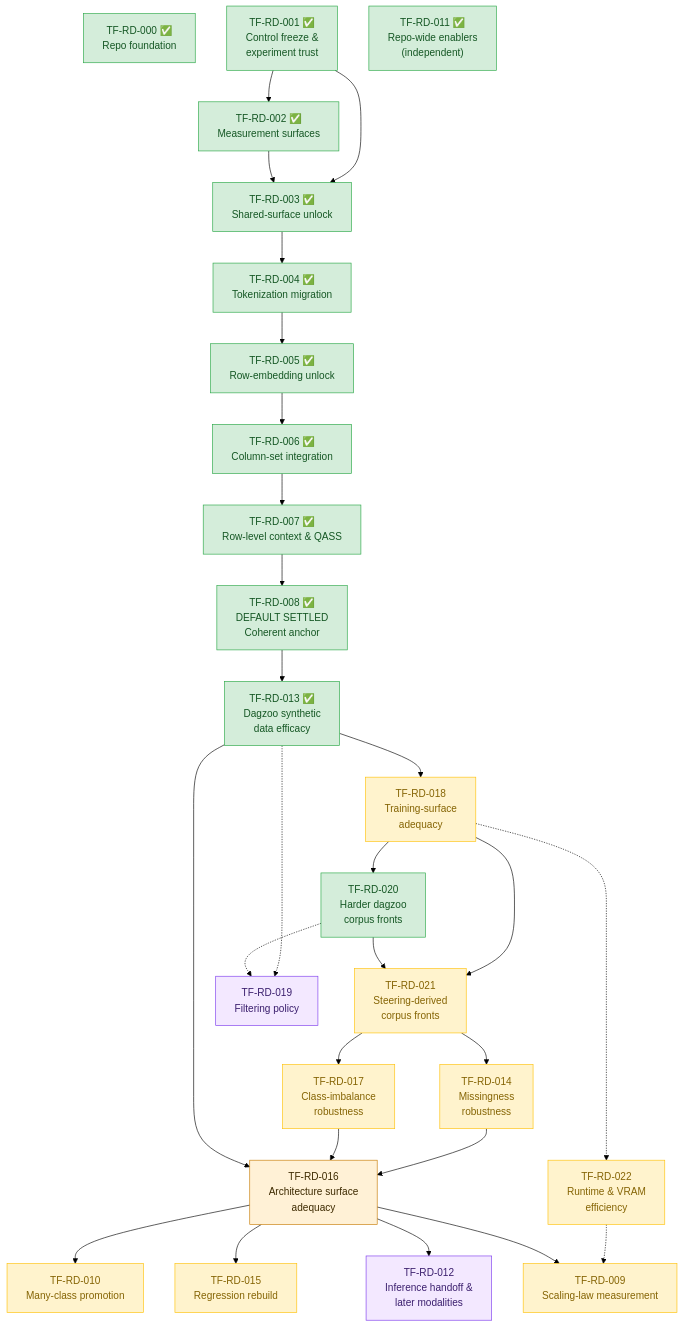
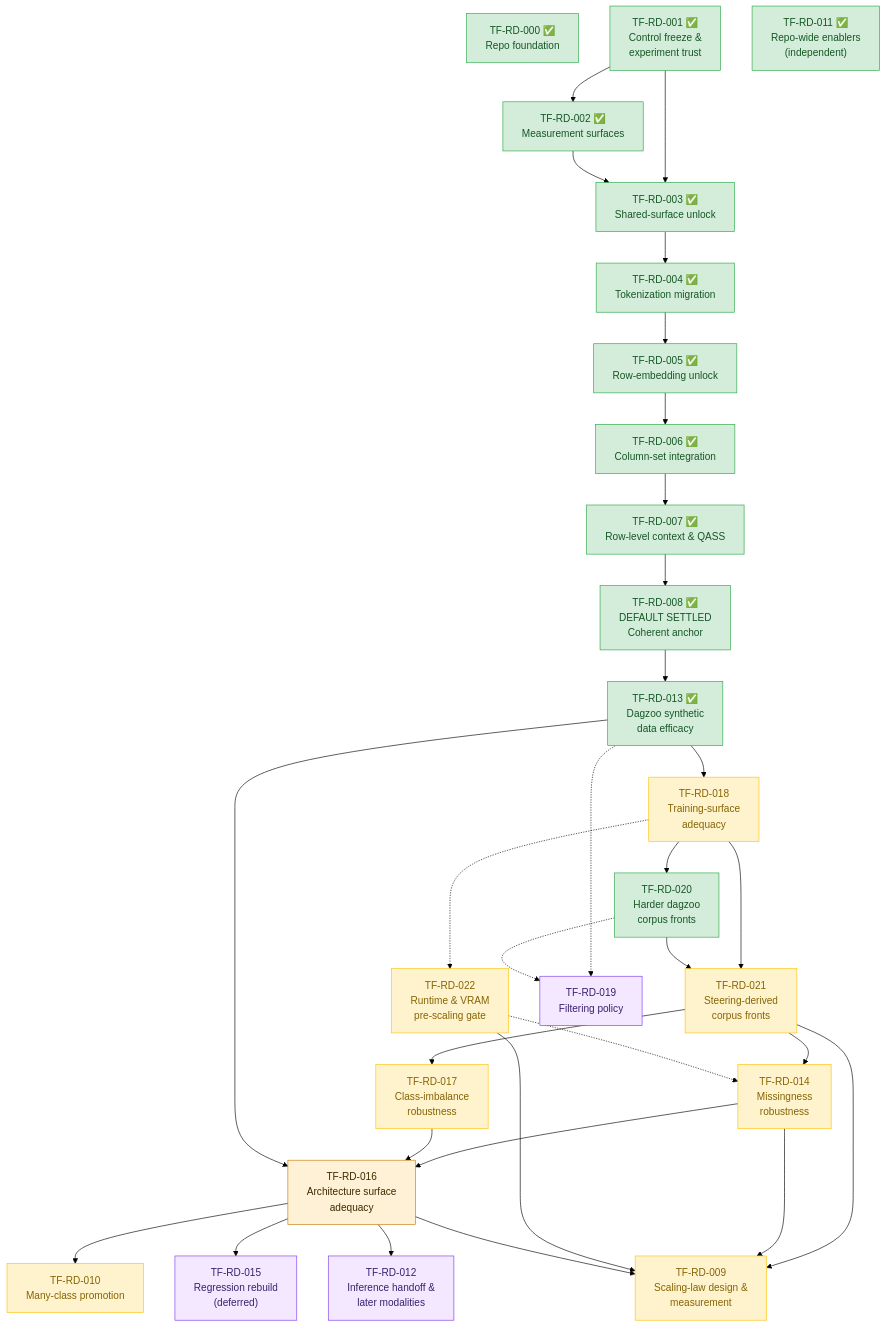
Before and after one commit to bensonlee5/tab-foundry: the diagram in docs/development/roadmap.md, drawn with Mermaid (forest theme). The commit also changed other lines of this file and 24 other files, not shown here.

Commit message:
Add classification scaling telemetry and roadmap

````diff
--- a/docs/development/roadmap.md
+++ b/docs/development/roadmap.md
@@ -178,66 +187,69 @@
 ```mermaid
 flowchart TD
     RD000["TF-RD-000 ✅<br/>Repo foundation"]
 
     RD001["TF-RD-001 ✅<br/>Control freeze &<br/>experiment trust"]
     RD002["TF-RD-002 ✅<br/>Measurement surfaces"]
     RD011["TF-RD-011 ✅<br/>Repo-wide enablers<br/>(independent)"]
 
     RD003["TF-RD-003 ✅<br/>Shared-surface unlock"]
     RD004["TF-RD-004 ✅<br/>Tokenization migration"]
     RD005["TF-RD-005 ✅<br/>Row-embedding unlock"]
     RD006["TF-RD-006 ✅<br/>Column-set integration"]
     RD007["TF-RD-007 ✅<br/>Row-level context & QASS"]
     RD008["TF-RD-008 ✅<br/>DEFAULT SETTLED<br/>Coherent anchor"]
     RD013["TF-RD-013 ✅<br/>Dagzoo synthetic<br/>data efficacy"]
     RD018["TF-RD-018<br/>Training-surface<br/>adequacy"]
     RD020["TF-RD-020<br/>Harder dagzoo<br/>corpus fronts"]
     RD021["TF-RD-021<br/>Steering-derived<br/>corpus fronts"]
-    RD022["TF-RD-022<br/>Runtime & VRAM<br/>efficiency"]
+    RD022["TF-RD-022<br/>Runtime & VRAM<br/>pre-scaling gate"]
     RD019["TF-RD-019<br/>Filtering policy"]
     RD014["TF-RD-014<br/>Missingness<br/>robustness"]
     RD017["TF-RD-017<br/>Class-imbalance<br/>robustness"]
     RD016["TF-RD-016<br/>Architecture surface<br/>adequacy"]
     RD010["TF-RD-010<br/>Many-class promotion"]
-    RD015["TF-RD-015<br/>Regression rebuild"]
+    RD015["TF-RD-015<br/>Regression rebuild<br/>(deferred)"]
     RD012["TF-RD-012<br/>Inference handoff &<br/>later modalities"]
-    RD009["TF-RD-009<br/>Scaling-law measurement"]
+    RD009["TF-RD-009<br/>Scaling-law design &<br/>measurement"]
 
     RD001 --> RD002
     RD001 --> RD003
     RD002 --> RD003
     RD003 --> RD004
     RD004 --> RD005
     RD005 --> RD006
     RD006 --> RD007
     RD007 --> RD008
     RD008 --> RD013
     RD013 --> RD018
     RD018 --> RD020
     RD018 --> RD021
     RD018 -.-> RD022
     RD020 --> RD021
     RD013 -.-> RD019
     RD020 -.-> RD019
     RD021 --> RD014
     RD021 --> RD017
+    RD021 --> RD009
+    RD022 -.-> RD014
     RD014 --> RD016
+    RD014 --> RD009
     RD017 --> RD016
     RD013 --> RD016
     RD016 --> RD010
     RD016 --> RD015
     RD016 --> RD012
-    RD022 -.-> RD009
+    RD022 --> RD009
     RD016 --> RD009
 
     classDef done fill:#d4edda,stroke:#28a745,color:#155724;
     classDef readyNow fill:#fff3cd,stroke:#ffc107,color:#856404;
     classDef now fill:#fce4ec,stroke:#e91e63,color:#880e4f;
     classDef gate fill:#fff1d6,stroke:#c67a00,color:#3d2a00;
     classDef later fill:#f3e8ff,stroke:#7c3aed,color:#3b1f6e;
 
     class RD000,RD001,RD002,RD003,RD004,RD005,RD006,RD007,RD008,RD011,RD013,RD020 done;
-    class RD009,RD018,RD021,RD022,RD014,RD017,RD010,RD015 readyNow;
+    class RD009,RD018,RD021,RD022,RD014,RD017,RD010 readyNow;
     class RD016 gate;
-    class RD012,RD019 later;
+    class RD012,RD015,RD019 later;
 ```
````
